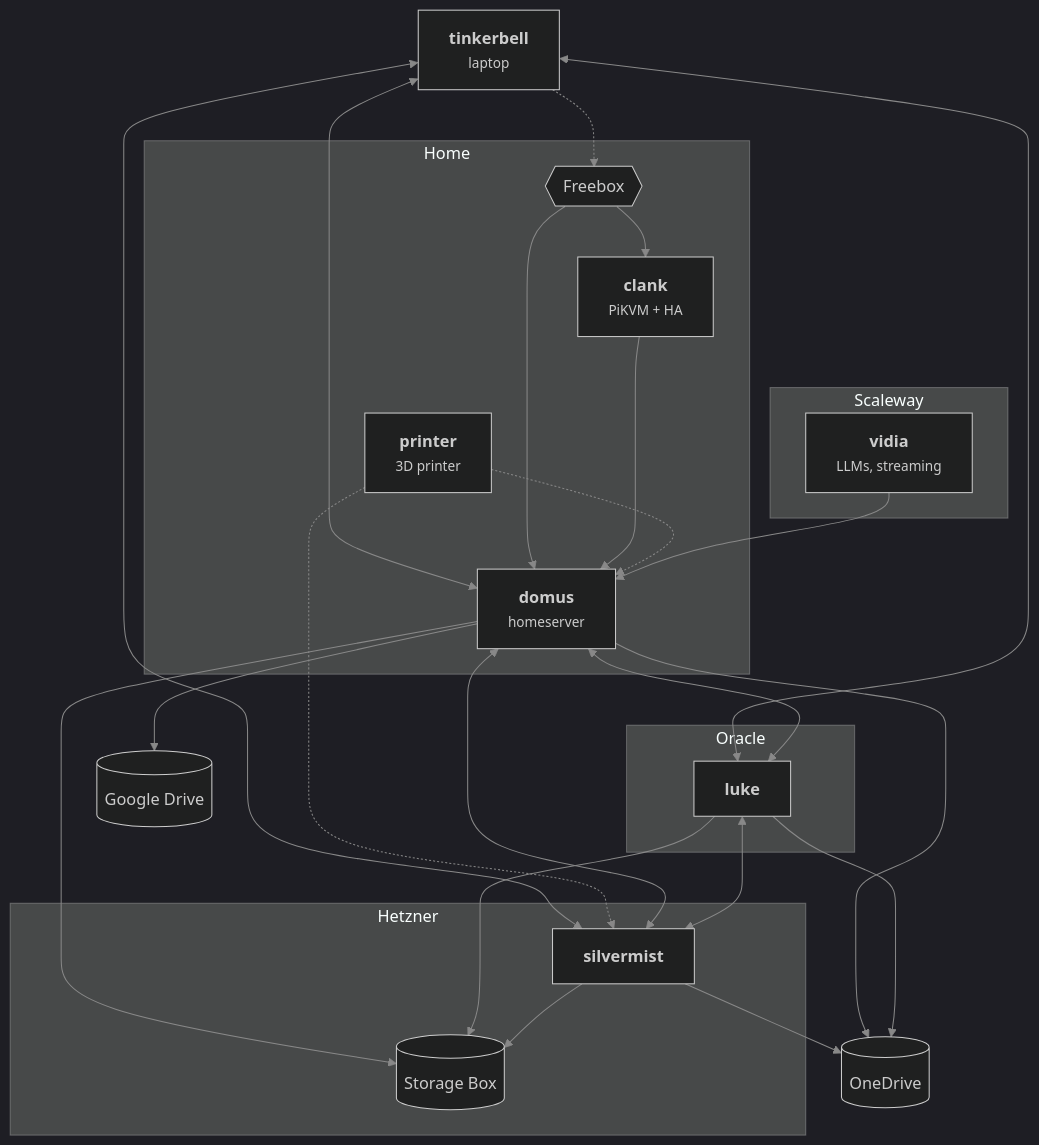
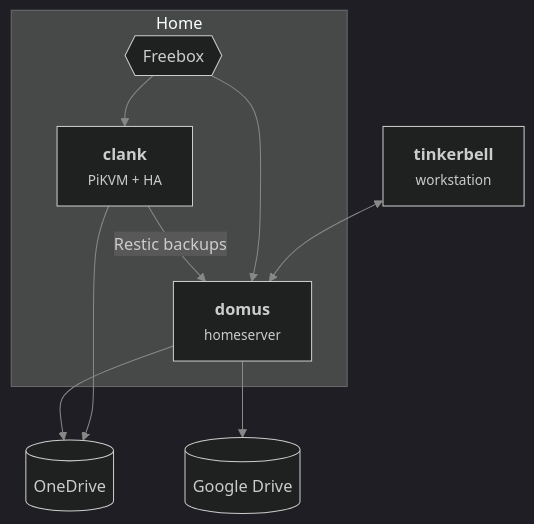
The first of 2 diagrams in README.md (ldryt/infra), drawn with Mermaid before and after one commit. The commit also changed 78 other files, not shown here.

Commit message:
refactor(infra): retire luke, printer, silvermist and vidia

````diff
--- a/README.md
+++ b/README.md
@@ -5,47 +5,22 @@
 ```mermaid
 %%{init: {"theme": "dark", "themeVariables": {"lineColor": "#888"}}}%%
 flowchart TB
-    tinkerbell["<b>tinkerbell</b><br/><small>laptop</small>"]
+    tinkerbell["<b>tinkerbell</b><br/><small>workstation</small>"]
 
     subgraph home["Home"]
         freebox{{"Freebox"}}
         domus["<b>domus</b><br/><small>homeserver</small>"]
         clank["<b>clank</b><br/><small>PiKVM + HA</small>"]
-        printer["<b>printer</b><br/><small>3D printer</small>"]
     end
 
-    subgraph hetzner["Hetzner"]
-        silvermist["<b>silvermist</b>"]
-        storagebox[("Storage Box")]
-    end
-    subgraph oracle["Oracle"]
-        luke["<b>luke</b>"]
-    end
-    subgraph scaleway["Scaleway"]
-        vidia["<b>vidia</b><br/><small>LLMs, streaming</small>"]
-    end
     onedrive[("OneDrive")]
     gdrive[("Google Drive")]
 
-    tinkerbell -.-> freebox
     tinkerbell <--> domus
-    tinkerbell <--> luke
-    tinkerbell <--> silvermist
     freebox --> domus
     freebox --> clank
-    clank --> domus
-    printer -.-> silvermist
-    printer -.-> domus
-    vidia --> domus
-    domus <--> luke
-    domus <--> silvermist
-    luke <--> silvermist
-    domus --> storagebox
+    clank -->|"Restic backups"| domus
+    clank --> onedrive
     domus --> onedrive
     domus --> gdrive
-    luke --> storagebox
-    luke --> onedrive
-    silvermist --> storagebox
-    silvermist --> onedrive
-    clank ~~~ vidia
 ```
````
